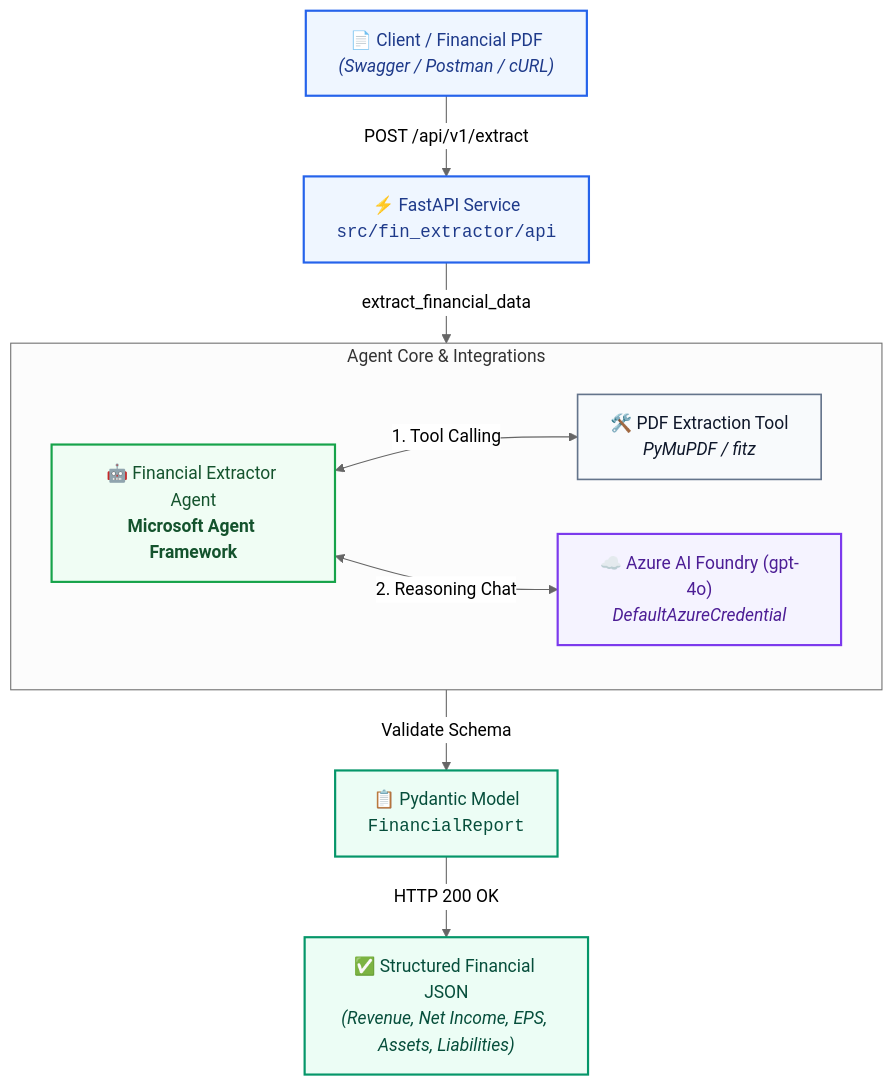
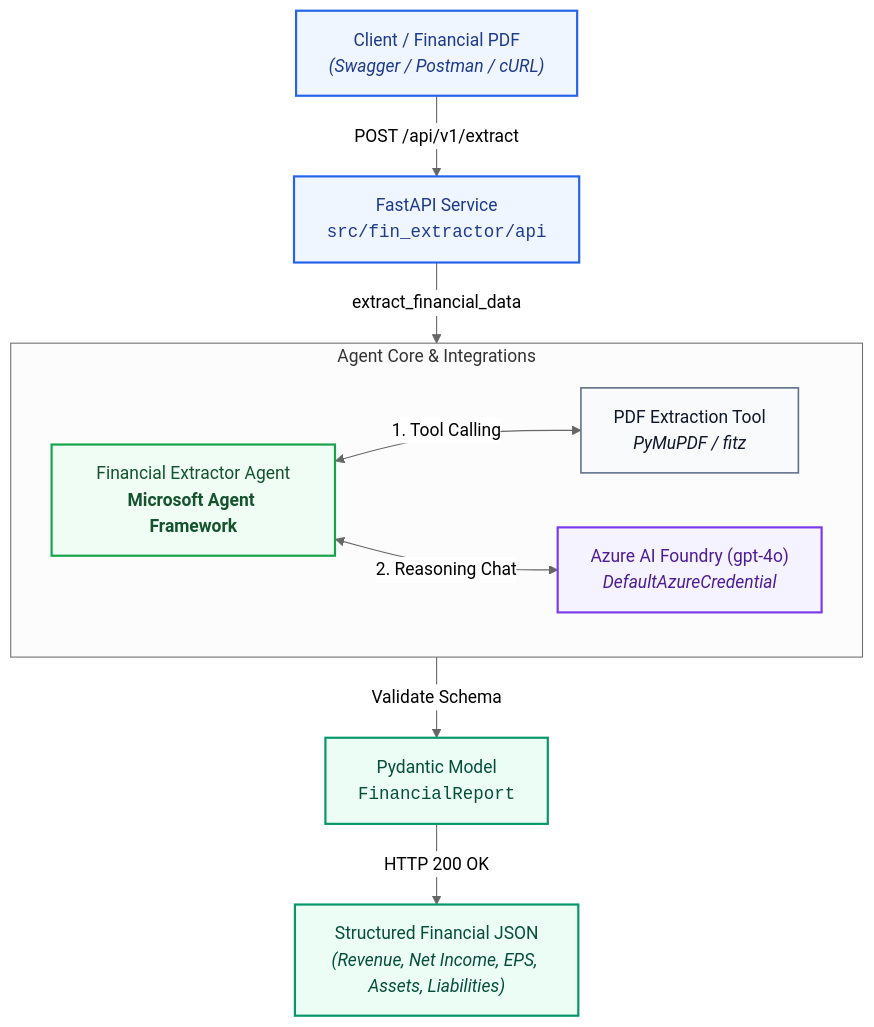
The first of 5 diagrams in docs/ARCHITECTURE.md (crman/fin-extractor-agent), drawn with Mermaid (neutral theme) before and after one commit. The commit also changed other lines of this file and 15 other files, not shown here.

````diff
--- a/docs/ARCHITECTURE.md
+++ b/docs/ARCHITECTURE.md
@@ -23,29 +57,29 @@
 ```mermaid
 graph TD
-    Client["📄 Client / Financial PDF<br><i>(Swagger / Postman / cURL)</i>"]
-    -->|POST /api/v1/extract| API["⚡ FastAPI Service<br><code>src/fin_extractor/api</code>"]
+    Client["Client / Financial PDF<br><i>(Swagger / Postman / cURL)</i>"]
+    -->|POST /api/v1/extract| API["FastAPI Service<br><code>src/fin_extractor/api</code>"]
 
-    API -->|extract_financial_data| Agent["🤖 Financial Extractor Agent<br><b>Microsoft Agent Framework</b>"]
+    API -->|extract_financial_data| Agent["Financial Extractor Agent<br><b>Microsoft Agent Framework</b>"]
 
     subgraph AgentSystem ["Agent Core & Integrations"]
         direction LR
-        Tool["🛠️ PDF Extraction Tool<br><i>PyMuPDF / fitz</i>"]
+        Tool["PDF Extraction Tool<br><i>PyMuPDF / fitz</i>"]
         Agent <-->|1. Tool Calling| Tool
-        Agent <-->|2. Reasoning Chat| Foundry["☁️ Azure AI Foundry (gpt-4o)<br><i>DefaultAzureCredential</i>"]
+        Agent <-->|2. Reasoning Chat| Foundry["Azure AI Foundry (gpt-4o)<br><i>DefaultAzureCredential</i>"]
     end
 
-    Agent -->|Validate Schema| Schema["📋 Pydantic Model<br><code>FinancialReport</code>"]
-    Schema -->|HTTP 200 OK| Output["✅ Structured Financial JSON<br><i>(Revenue, Net Income, EPS, Assets, Liabilities)</i>"]
+    Agent -->|Validate Schema| Schema["Pydantic Model<br><code>FinancialReport</code>"]
+    Schema -->|HTTP 200 OK| Output["Structured Financial JSON<br><i>(Revenue, Net Income, EPS, Assets, Liabilities)</i>"]
 
     classDef default fill:#f8fafc,stroke:#64748b,stroke-width:1.5px,color:#0f172a;
     classDef accent fill:#eff6ff,stroke:#2563eb,stroke-width:2px,color:#1e3a8a;
     classDef agent fill:#f0fdf4,stroke:#16a34a,stroke-width:2px,color:#14532d;
     classDef cloud fill:#f5f3ff,stroke:#7c3aed,stroke-width:2px,color:#4c1d95;
     classDef result fill:#ecfdf5,stroke:#059669,stroke-width:2px,color:#064e3b;
 
     class Client,API accent;
     class Agent agent;
     class Tool default;
     class Foundry cloud;
     class Schema,Output result;
 ```
````
